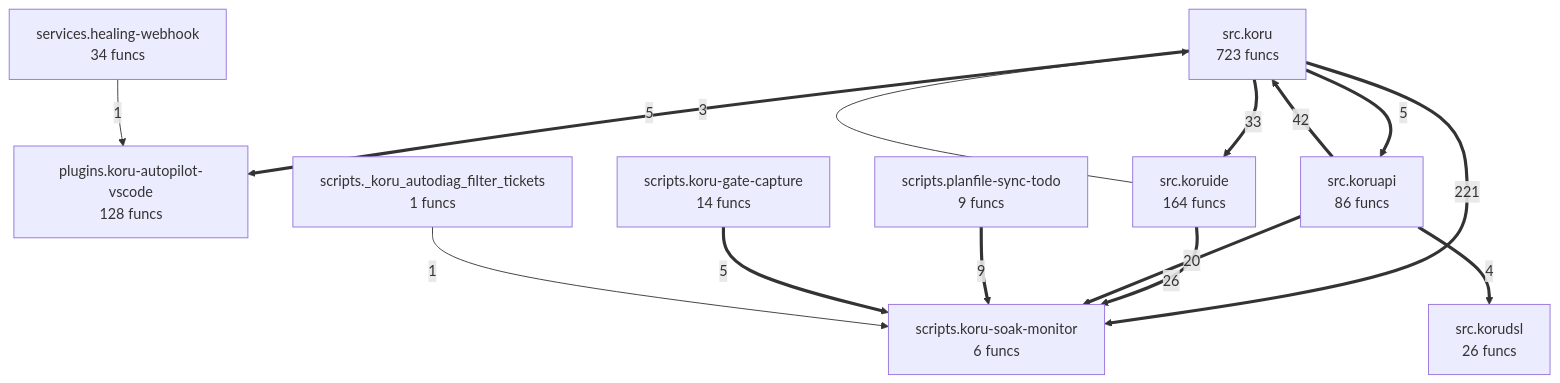
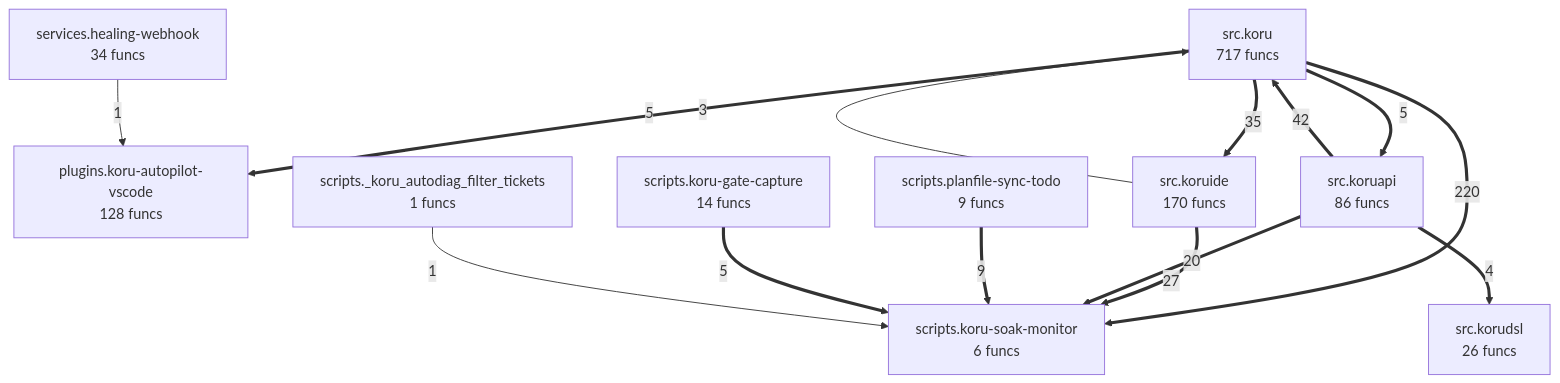
One commit to semcod/koru changed the diagram in project/compact_flow.mmd. Above: the diagram before and after it, drawn with Mermaid. The commit also changed 44 other files, not shown here.

```diff
--- a/project/compact_flow.mmd
+++ b/project/compact_flow.mmd
@@ -1,25 +1,25 @@
 flowchart TD
-%% generated in 0.04s
+%% generated in 0.03s
     plugins__koru_autopilot_vscode["plugins.koru-autopilot-vscode<br/>128 funcs"]
     scripts___koru_autodiag_filter_tickets["scripts._koru_autodiag_filter_tickets<br/>1 funcs"]
     scripts__koru_gate_capture["scripts.koru-gate-capture<br/>14 funcs"]
     scripts__koru_soak_monitor["scripts.koru-soak-monitor<br/>6 funcs"]
     scripts__planfile_sync_todo["scripts.planfile-sync-todo<br/>9 funcs"]
     services__healing_webhook["services.healing-webhook<br/>34 funcs"]
-    src__koru["src.koru<br/>723 funcs"]
+    src__koru["src.koru<br/>717 funcs"]
     src__koruapi["src.koruapi<br/>86 funcs"]
     src__korudsl["src.korudsl<br/>26 funcs"]
-    src__koruide["src.koruide<br/>164 funcs"]
-    src__koru ==>|221| scripts__koru_soak_monitor
+    src__koruide["src.koruide<br/>170 funcs"]
+    src__koru ==>|220| scripts__koru_soak_monitor
     src__koruapi ==>|42| src__koru
-    src__koru ==>|33| src__koruide
-    src__koruide ==>|26| scripts__koru_soak_monitor
+    src__koru ==>|35| src__koruide
+    src__koruide ==>|27| scripts__koru_soak_monitor
     src__koruapi ==>|20| scripts__koru_soak_monitor
     scripts__planfile_sync_todo ==>|9| scripts__koru_soak_monitor
     src__koru ==>|5| plugins__koru_autopilot_vscode
     src__koru ==>|5| src__koruapi
     scripts__koru_gate_capture ==>|5| scripts__koru_soak_monitor
     src__koruapi ==>|4| src__korudsl
     src__koruide -->|3| src__koru
     services__healing_webhook -->|1| plugins__koru_autopilot_vscode
     scripts___koru_autodiag_filter_tickets -->|1| scripts__koru_soak_monitor
```
